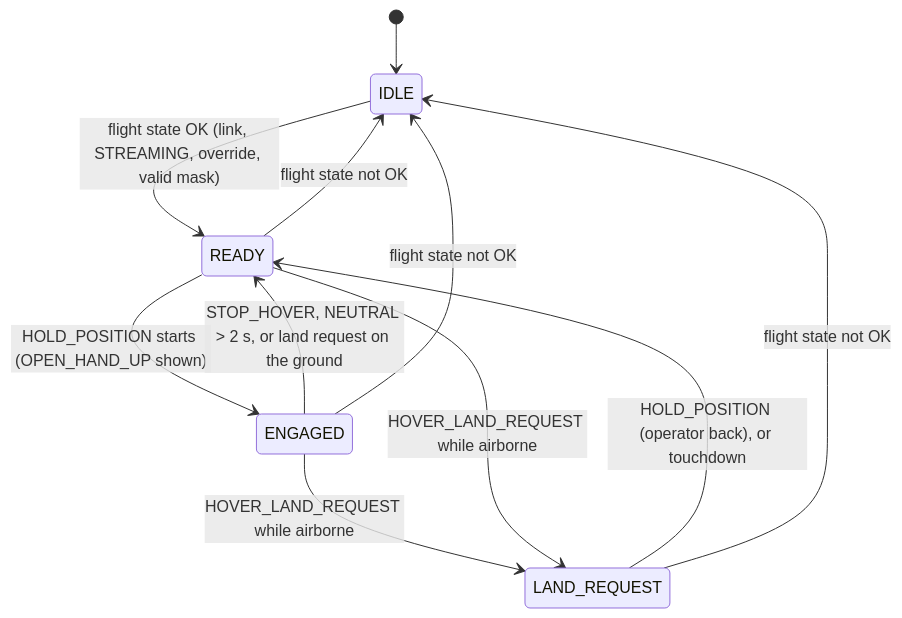
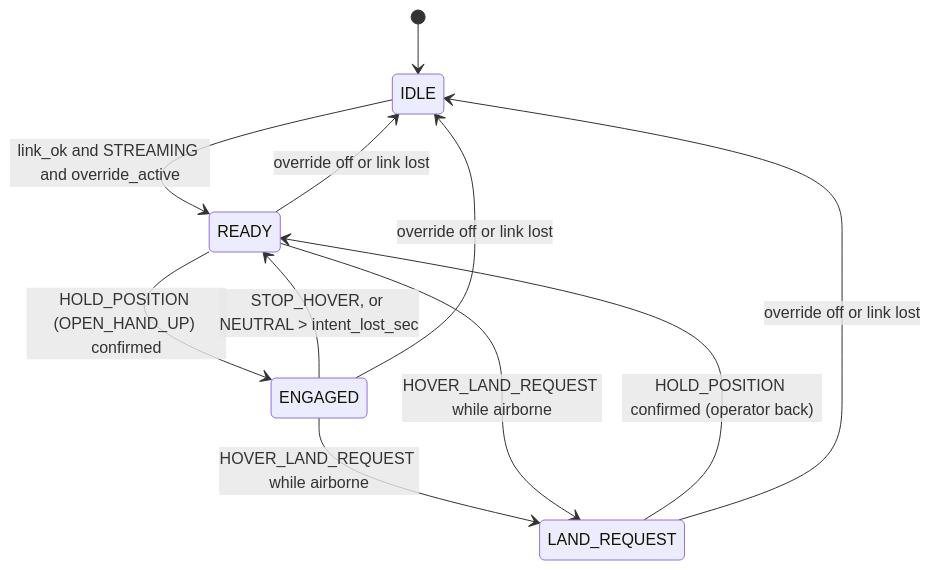
One commit to SEAME-pt/SEA-ME_Team1_ROSRangers changed the second of 2 diagrams in docs/PraticalPlan/06 Gestures/04 Mission_Node.md. Above: the diagram before and after it, drawn with Mermaid. The commit also changed other lines of this file and 73 other files, not shown here.

````diff
--- a/docs/PraticalPlan/06 Gestures/04 Mission_Node.md
+++ b/docs/PraticalPlan/06 Gestures/04 Mission_Node.md
@@ -172,13 +107,13 @@
 ```mermaid
 stateDiagram-v2
   [*] --> IDLE
-  IDLE --> READY: flight state OK (link, STREAMING, override, valid mask)
-  READY --> ENGAGED: HOLD_POSITION starts (OPEN_HAND_UP shown)
-  ENGAGED --> READY: STOP_HOVER, NEUTRAL > 2 s, or land request on the ground
+  IDLE --> READY: link_ok and STREAMING and override_active
+  READY --> ENGAGED: HOLD_POSITION (OPEN_HAND_UP) confirmed
+  ENGAGED --> READY: STOP_HOVER, or NEUTRAL > intent_lost_sec
   ENGAGED --> LAND_REQUEST: HOVER_LAND_REQUEST while airborne
   READY --> LAND_REQUEST: HOVER_LAND_REQUEST while airborne
-  LAND_REQUEST --> READY: HOLD_POSITION (operator back), or touchdown
-  READY --> IDLE: flight state not OK
-  ENGAGED --> IDLE: flight state not OK
-  LAND_REQUEST --> IDLE: flight state not OK
+  LAND_REQUEST --> READY: HOLD_POSITION confirmed (operator back)
+  READY --> IDLE: override off or link lost
+  ENGAGED --> IDLE: override off or link lost
+  LAND_REQUEST --> IDLE: override off or link lost
 ```
````
